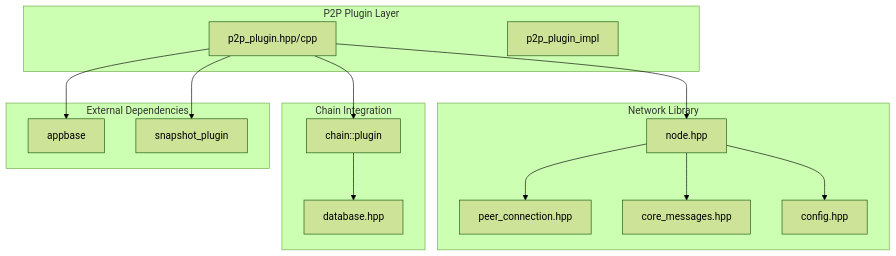
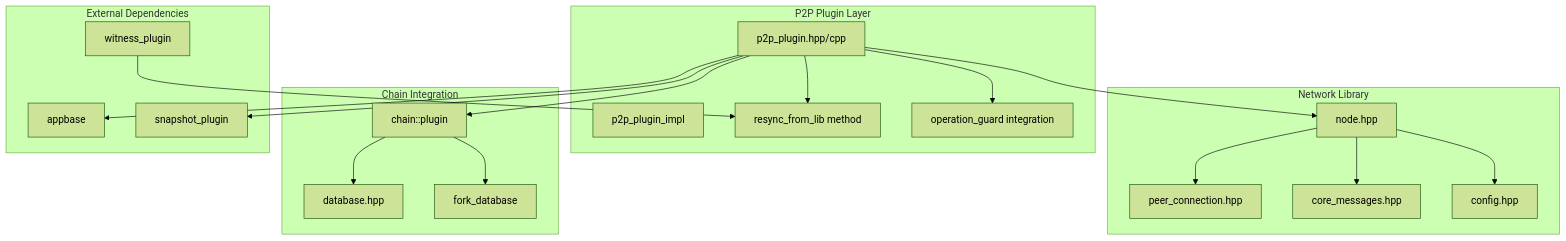
One commit to VIZ-Blockchain/viz-cpp-node changed the first of 13 diagrams in .qoder/repowiki/en/content/P2p Plugin.md. Above: the diagram before and after it, drawn with Mermaid (forest theme). The commit also changed other lines of this file and 5 other files, not shown here.

````diff
--- a/.qoder/repowiki/en/content/P2p Plugin.md
+++ b/.qoder/repowiki/en/content/P2p Plugin.md
@@ -47,29 +56,37 @@
 ```mermaid
 graph TB
 subgraph "P2P Plugin Layer"
 P2P[p2p_plugin.hpp/cpp]
 Impl[p2p_plugin_impl]
+Resync[resync_from_lib method]
+Guard[operation_guard integration]
 end
 subgraph "Network Library"
 Node[node.hpp]
 PeerConn[peer_connection.hpp]
 Messages[core_messages.hpp]
 Config[config.hpp]
 end
 subgraph "Chain Integration"
 Chain[chain::plugin]
 Database[database.hpp]
+ForkDB[fork_database]
 end
 subgraph "External Dependencies"
 AppBase[appbase]
 Snapshot[snapshot_plugin]
+Witness[witness_plugin]
 end
 P2P --> Node
 P2P --> Chain
 P2P --> AppBase
 P2P --> Snapshot
+P2P --> Resync
+P2P --> Guard
 Node --> PeerConn
 Node --> Messages
 Node --> Config
 Chain --> Database
+Chain --> ForkDB
+Witness --> Resync
 ```
````
